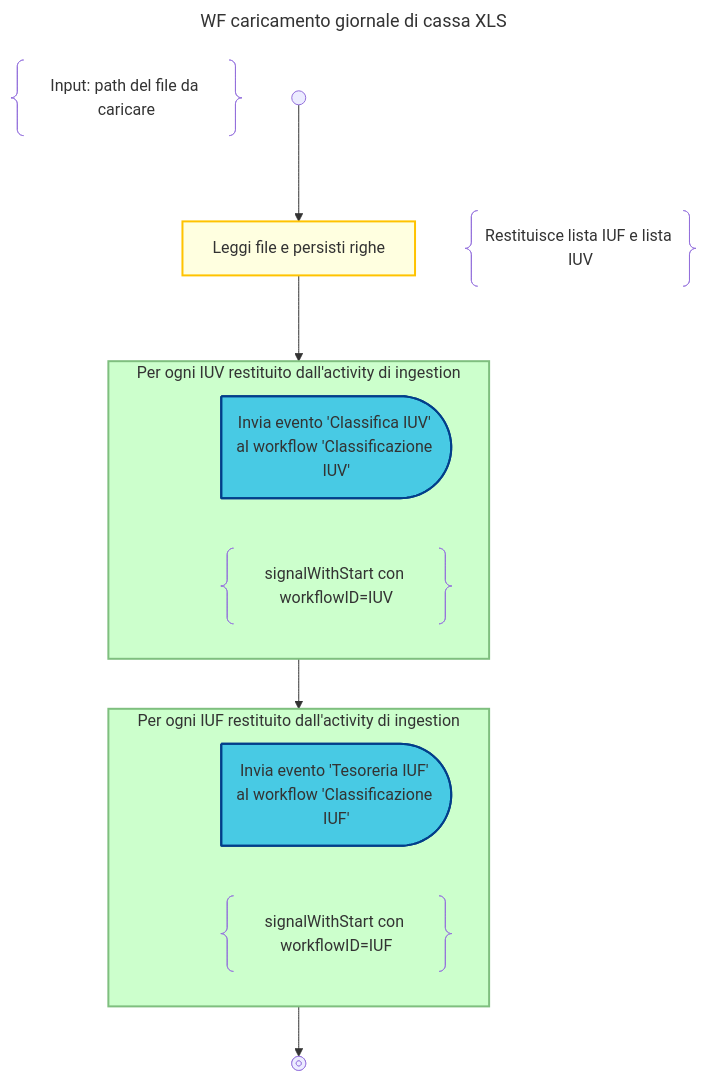
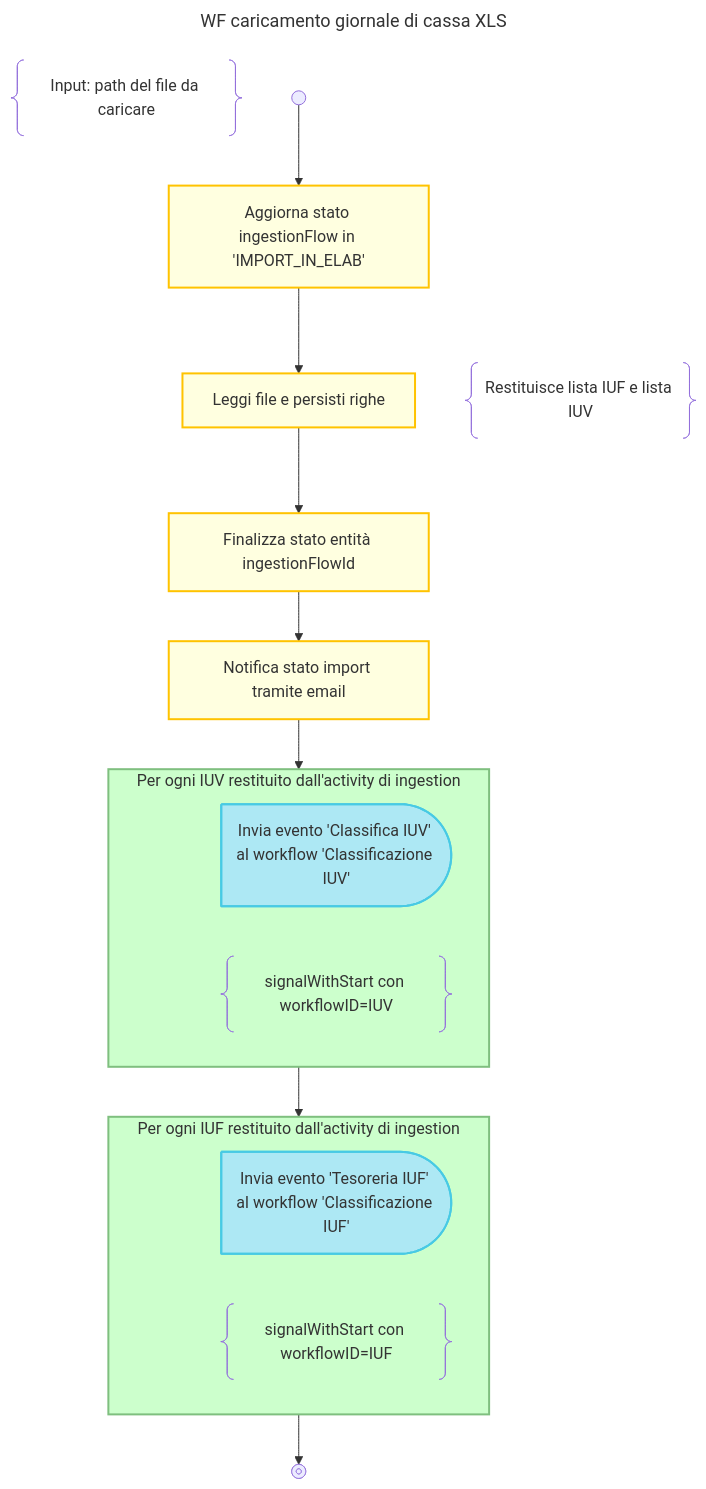
One commit to pagopa/p4pa-doc changed the diagram in design/workflow/classificazioneIncassi/tesoreriaXLS-ingestion.mmd. Above: the diagram before and after it, drawn with Mermaid. The commit also changed 18 other files, not shown here.

```diff
--- a/design/workflow/classificazioneIncassi/tesoreriaXLS-ingestion.mmd
+++ b/design/workflow/classificazioneIncassi/tesoreriaXLS-ingestion.mmd
@@ -1,47 +1,52 @@
 ---
 title: WF caricamento giornale di cassa XLS
 ---
 flowchart TD
     DESCRIPTION@{ shape: braces, label: "Input: path del file da caricare" }
-    START@{shape: start} --> INGESTION:::activity@{label: "Leggi file e persisti righe"}
+    START@{shape: start} -->
+    UPDATE_STATUS_INELAB:::activity@{label: "Aggiorna stato ingestionFlow in 'IMPORT_IN_ELAB'"} -->
+    INGESTION:::activity@{label: "Leggi file e persisti righe"}
 
     subgraph INGESTION_NOTE_BLOCK
         INGESTION
         INGESTION_NOTE@{shape: braces, label: "Restituisce lista IUF e lista IUV"}
     end
     class INGESTION_NOTE_BLOCK note_block
 
-    INGESTION --> LOOP_IUVs
+    INGESTION -->
+    UPDATE_STATUS_COMPLETE:::activity@{label: "Finalizza stato entità ingestionFlowId"} -->
+    SEND_EMAIL:::activity@{label: "Notifica stato import tramite email"} -->
+    LOOP_IUVs
 
     subgraph LOOP_IUVs["Per ogni IUV restituito dall'activity di ingestion"]
 
         %% dummy block added to have an empty line
         DUMMY1:::hidden-->SIGNAL_IUV
-        linkStyle 2 display:none;
+        linkStyle 5 display:none;
 
         SIGNAL_IUV:::send-signal@{shape: delay, label: "Invia evento 'Classifica IUV' al workflow 'Classificazione IUV'"}
         NOTE_SIGNAL_IUV@{ shape: braces, label: "signalWithStart con workflowID=IUV" }
     end
     class LOOP_IUVs loop
 
     LOOP_IUVs --> LOOP_IUFs
 
     subgraph LOOP_IUFs["Per ogni IUF restituito dall'activity di ingestion"]
 
         %% dummy block added to have an empty line
         DUMMY2:::hidden-->SIGNAL_IUF
-        linkStyle 4 display:none;
+        linkStyle 7 display:none;
 
         SIGNAL_IUF:::send-signal@{shape: delay, label: "Invia evento 'Tesoreria IUF' al workflow 'Classificazione IUF'"}
         NOTE_SIGNAL_IUF@{ shape: braces, label: "signalWithStart con workflowID=IUF" }
     end
     class LOOP_IUFs loop
 
     LOOP_IUFs --> END@{shape: stop}
 
 
     classDef hidden display:none;
     classDef note_block display:none;
     classDef activity fill:#FFFFE0, stroke:#ffc300, stroke-width:2px;
     classDef loop fill:#CCFFCC, stroke:#7FBF7F, stroke-width:2px, padding-bottom: 5px;
-    classDef send-signal fill:#48cae4, stroke:#023e8a, stroke-width:2px
+    classDef send-signal fill:#ade8f4, stroke:#48cae4, stroke-width:2px
```
